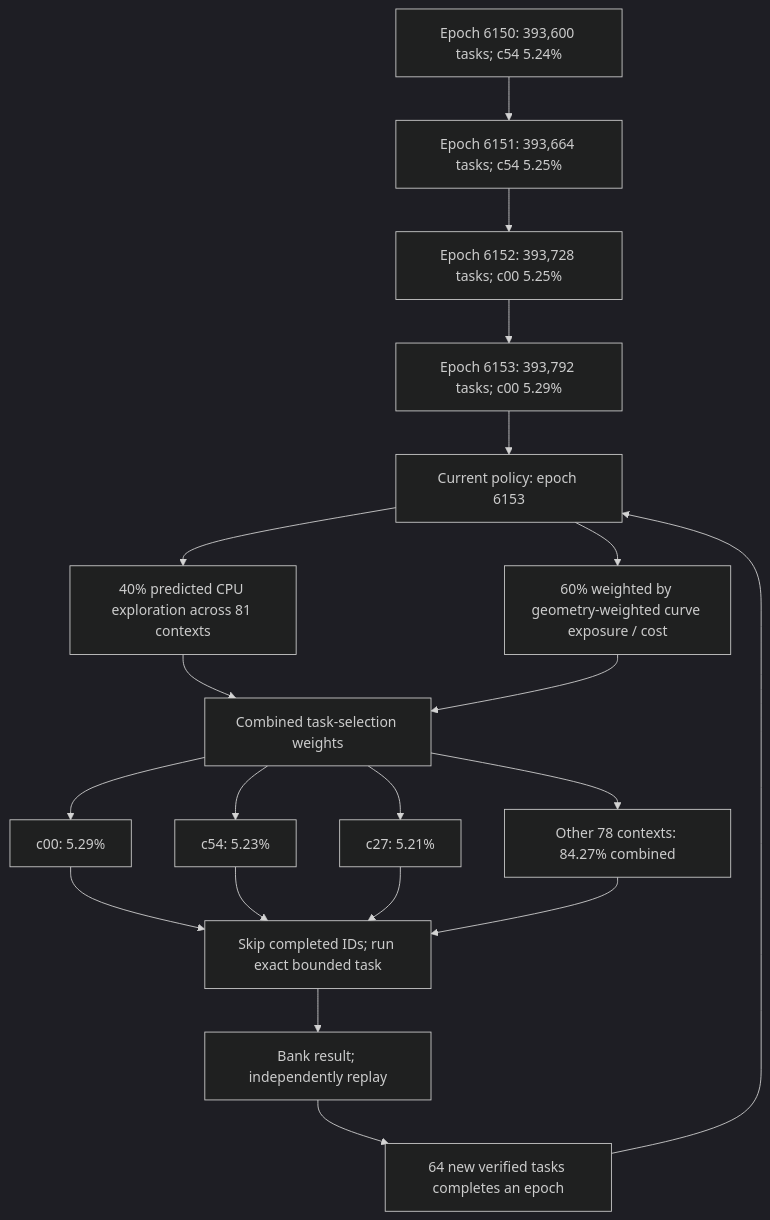
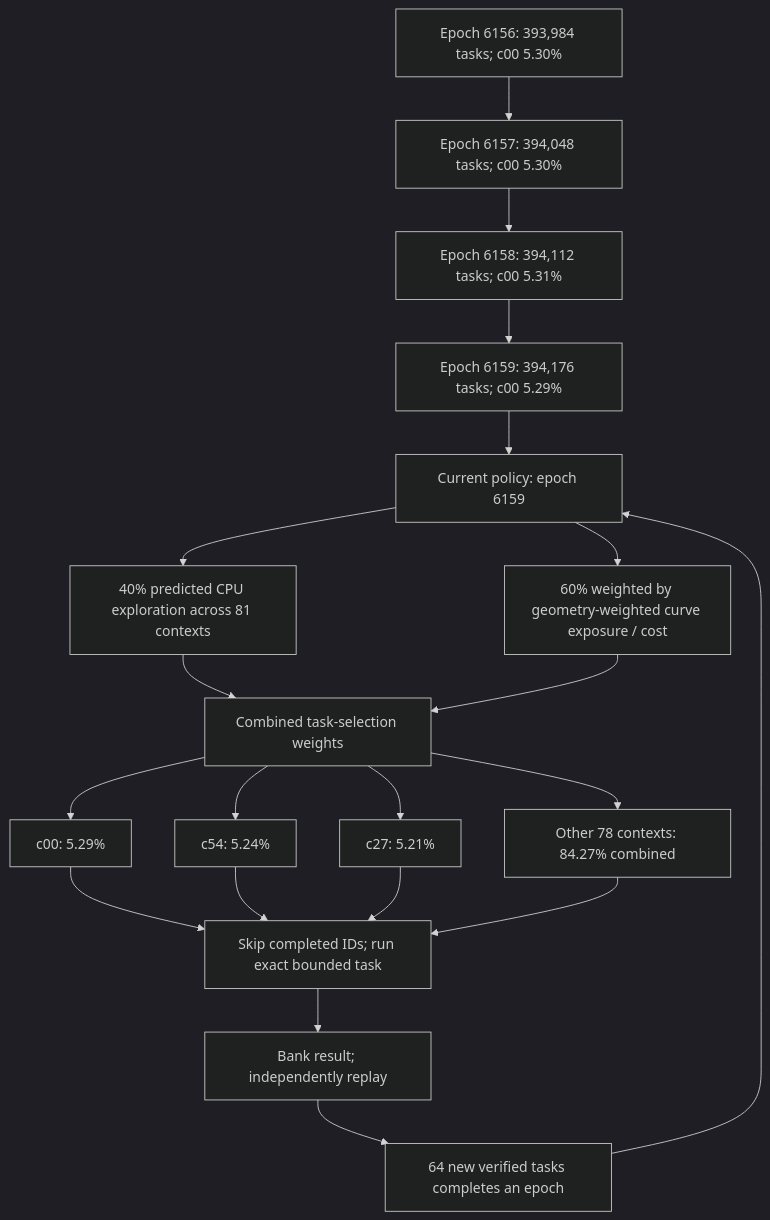
The first of 4 diagrams in README.md (Kuberwastaken/math-gambling), drawn with Mermaid (dark theme) before and after one commit. The commit also changed other lines of this file and 939 other files, not shown here.

````diff
--- a/README.md
+++ b/README.md
@@ -60,27 +60,27 @@
 ```mermaid
 flowchart TD
-    H0["Epoch 6150: 393,600 tasks; c54 5.24%"]
-    H1["Epoch 6151: 393,664 tasks; c54 5.25%"]
+    H0["Epoch 6156: 393,984 tasks; c00 5.30%"]
+    H1["Epoch 6157: 394,048 tasks; c00 5.30%"]
     H0 --> H1
-    H2["Epoch 6152: 393,728 tasks; c00 5.25%"]
+    H2["Epoch 6158: 394,112 tasks; c00 5.31%"]
     H1 --> H2
-    H3["Epoch 6153: 393,792 tasks; c00 5.29%"]
+    H3["Epoch 6159: 394,176 tasks; c00 5.29%"]
     H2 --> H3
-    Policy["Current policy: epoch 6153"]
+    Policy["Current policy: epoch 6159"]
     H3 --> Policy
     Policy --> Explore["40% predicted CPU exploration across 81 contexts"]
     Policy --> Cost["60% weighted by geometry-weighted curve exposure / cost"]
     Explore --> Mix["Combined task-selection weights"]
     Cost --> Mix
     Mix --> C0["c00: 5.29%"]
-    Mix --> C1["c54: 5.23%"]
+    Mix --> C1["c54: 5.24%"]
     Mix --> C2["c27: 5.21%"]
     Mix --> Rest["Other 78 contexts: 84.27% combined"]
     C0 --> Check["Skip completed IDs; run exact bounded task"]
     C1 --> Check
     C2 --> Check
     Rest --> Check
     Check --> Replay["Bank result; independently replay"]
     Replay --> Gate["64 new verified tasks completes an epoch"]
     Gate --> Policy
 ```
````
